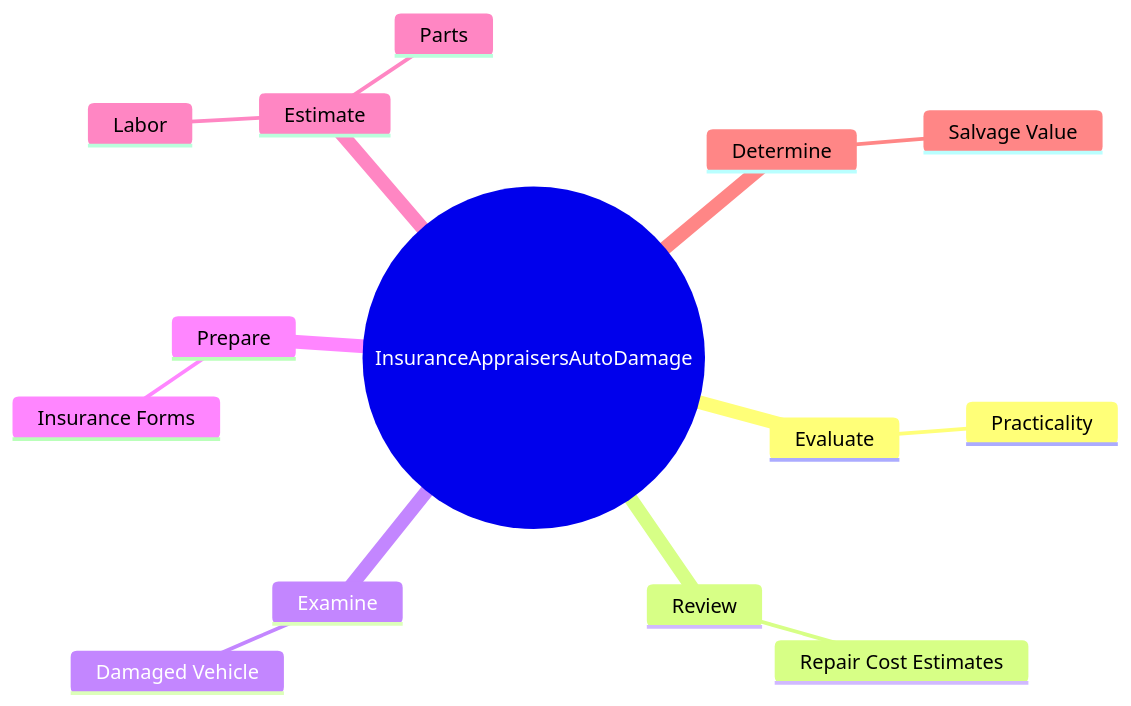
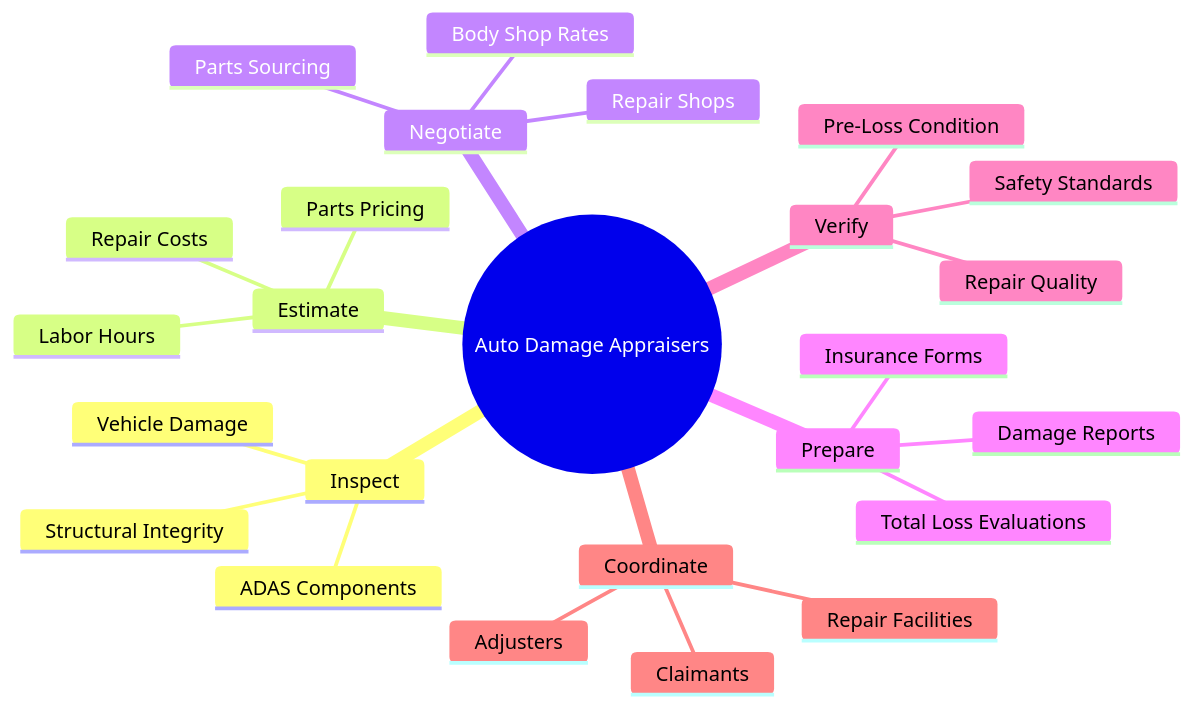
Before and after one commit to kziemski/business.org.ai: the second of 4 diagrams in occupations/Business/InsuranceAppraisersAutoDamage.mdx, drawn with Mermaid. The commit also changed other lines of this file and 938 other files, not shown here.

````diff
--- a/occupations/Business/InsuranceAppraisersAutoDamage.mdx
+++ b/occupations/Business/InsuranceAppraisersAutoDamage.mdx
@@ -37,17 +48,28 @@
 ```mermaid
 mindmap
-    root(("InsuranceAppraisersAutoDamage"))
-        Evaluate
-            Practicality
-        Review
-            Repair Cost Estimates
-        Examine
-            Damaged Vehicle
+    root(("Auto Damage Appraisers"))
+        Inspect
+            Vehicle Damage
+            Structural Integrity
+            ADAS Components
+        Estimate
+            Repair Costs
+            Parts Pricing
+            Labor Hours
+        Negotiate
+            Repair Shops
+            Body Shop Rates
+            Parts Sourcing
         Prepare
+            Damage Reports
             Insurance Forms
-        Estimate
-            Parts
-            Labor
-        Determine
-            Salvage Value
+            Total Loss Evaluations
+        Verify
+            Repair Quality
+            Pre-Loss Condition
+            Safety Standards
+        Coordinate
+            Claimants
+            Adjusters
+            Repair Facilities
 ```
````
